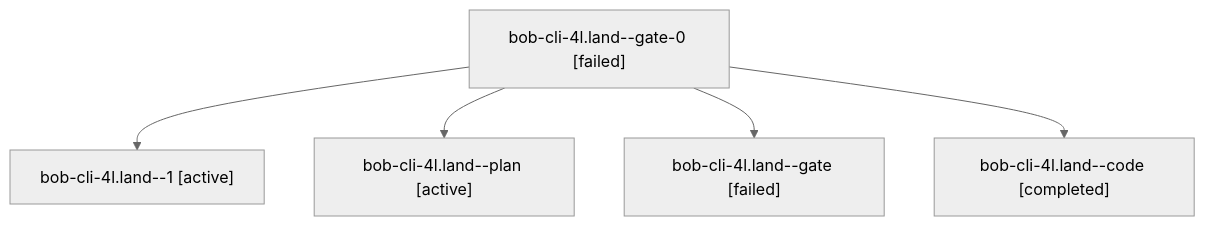
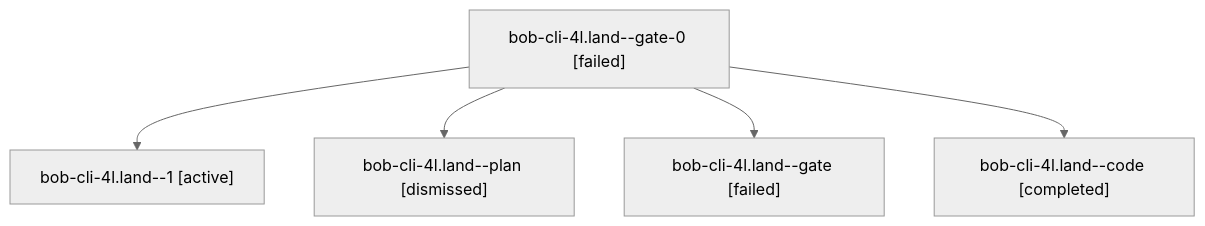
One commit to bobs-org/bob-cli--agents changed the diagram in sessions/bbugyi200.apollo.bob-cli-4l.land.md. Above: the diagram before and after it, drawn with Mermaid (neutral theme). The commit also changed other lines of this file and 75 other files, not shown here.

````diff
--- a/sessions/bbugyi200.apollo.bob-cli-4l.land.md
+++ b/sessions/bbugyi200.apollo.bob-cli-4l.land.md
@@ -9,12 +9,12 @@
 ```mermaid
 flowchart TD
   n0["bob-cli-4l.land--gate-0 [failed]"]
   n1["bob-cli-4l.land--1 [active]"]
   n0 --> n1
-  n2["bob-cli-4l.land--plan [active]"]
+  n2["bob-cli-4l.land--plan [dismissed]"]
   n0 --> n2
   n3["bob-cli-4l.land--gate [failed]"]
   n0 --> n3
   n4["bob-cli-4l.land--code [completed]"]
   n0 --> n4
 ```
````
